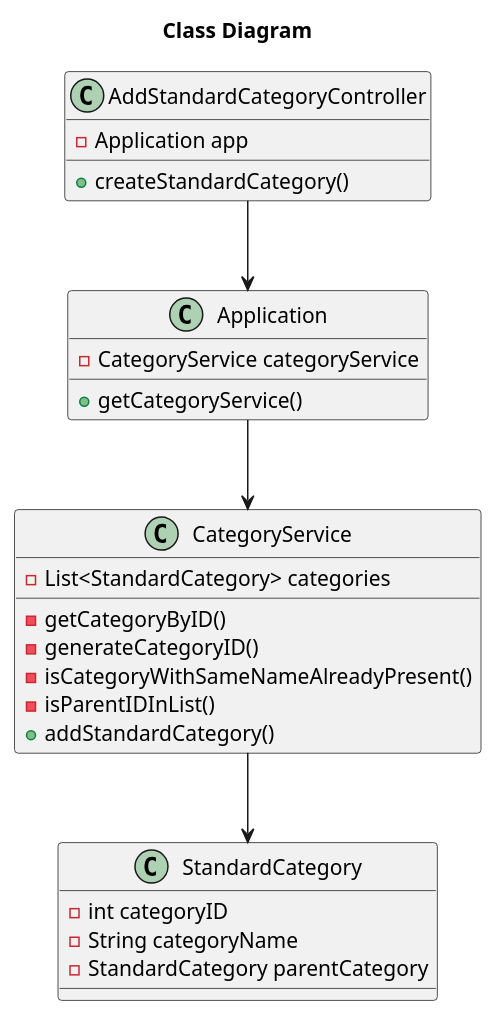
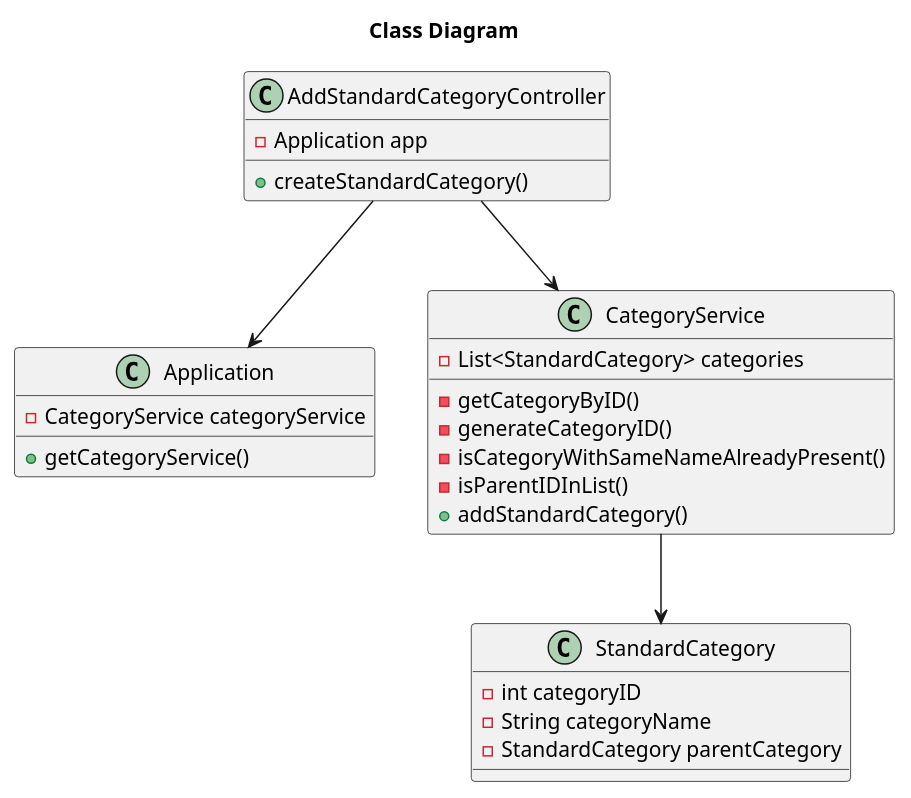
One commit to tomas-osswald/switch_2020_g3 changed the third of 3 diagrams in docs/sprint1/user_stories/US001_CreateStandardCategory.md. Above: the diagram before and after it, drawn with PlantUML. The commit also changed other lines of this file and 1 other file, not shown here.

Commit message:
minor corrections to documentation

````diff
--- a/docs/sprint1/user_stories/US001_CreateStandardCategory.md
+++ b/docs/sprint1/user_stories/US001_CreateStandardCategory.md
@@ -112,36 +112,36 @@
 ```puml
 @startuml
 
 title Class Diagram
 
 class AddStandardCategoryController {
   - Application app
   + createStandardCategory()
 }
 
 class Application {
   - CategoryService categoryService
   + getCategoryService()
 }
 
 class CategoryService {
   - List<StandardCategory> categories
   - getCategoryByID()
   - generateCategoryID()
   - isCategoryWithSameNameAlreadyPresent()
   - isParentIDInList()
   + addStandardCategory()
 }
 
 class StandardCategory {
   - int categoryID
   - String categoryName
   - StandardCategory parentCategory
 }
 
 AddStandardCategoryController --> Application
-Application --> CategoryService
+AddStandardCategoryController --> CategoryService
 CategoryService --> StandardCategory
 
 @enduml
 ```
````
